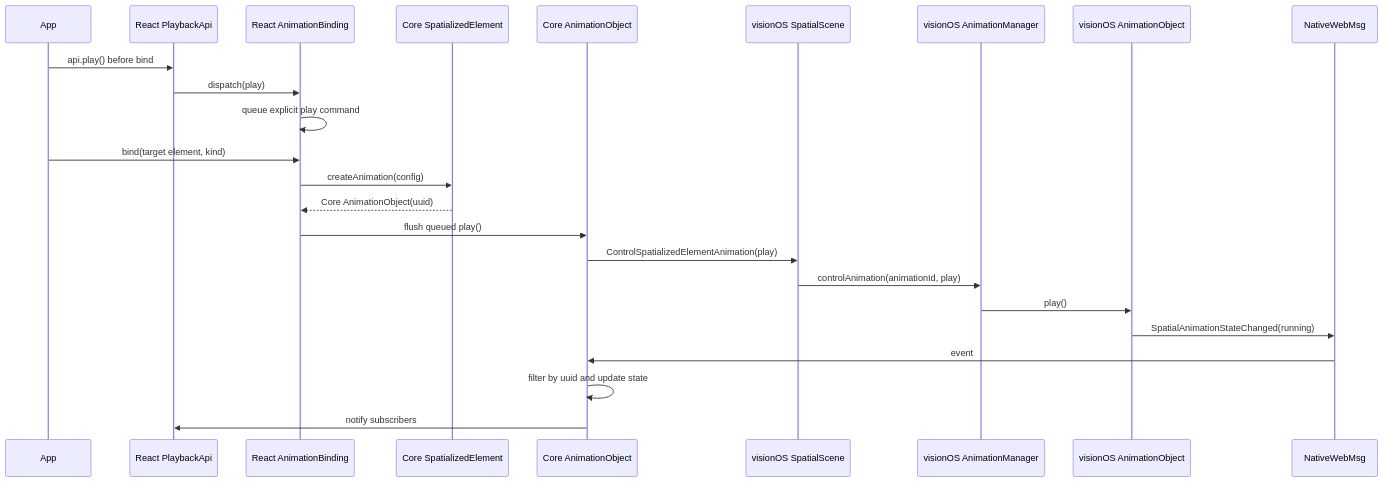
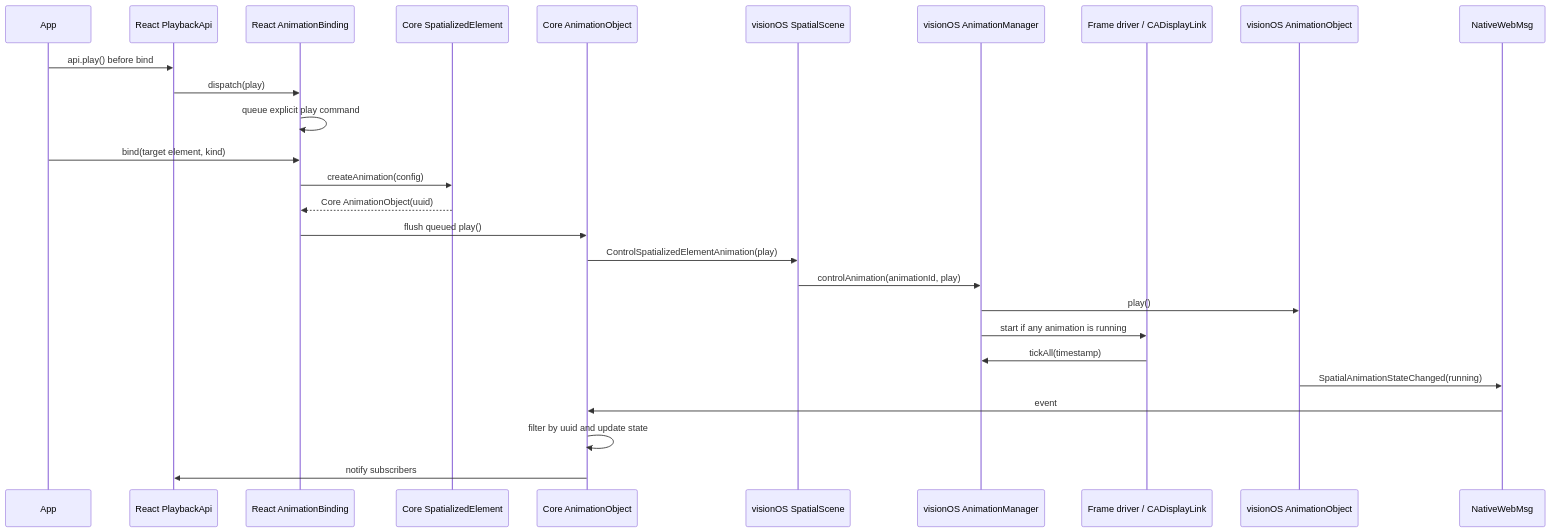
One commit to webspatial/webspatial-sdk changed the third of 6 diagrams in openspec/changes/spatialized-element-motion-api/design.zh.md. Above: the diagram before and after it, drawn with Mermaid. The commit also changed other lines of this file, not shown here.

Commit message:
docs: clarify frame driver ownership zh

````diff
--- a/openspec/changes/spatialized-element-motion-api/design.zh.md
+++ b/openspec/changes/spatialized-element-motion-api/design.zh.md
@@ -291,29 +303,32 @@
 ```mermaid
 sequenceDiagram
   participant App
   participant API as React PlaybackApi
   participant Binding as React AnimationBinding
   participant Element as Core SpatializedElement
   participant CoreObj as Core AnimationObject
   participant Scene as visionOS SpatialScene
   participant Manager as visionOS AnimationManager
+  participant Driver as Frame driver / CADisplayLink
   participant NativeObj as visionOS AnimationObject
   participant WebMsg as NativeWebMsg
 
   App->>API: api.play() before bind
   API->>Binding: dispatch(play)
   Binding->>Binding: queue explicit play command
 
   App->>Binding: bind(target element, kind)
   Binding->>Element: createAnimation(config)
   Element-->>Binding: Core AnimationObject(uuid)
 
   Binding->>CoreObj: flush queued play()
   CoreObj->>Scene: ControlSpatializedElementAnimation(play)
   Scene->>Manager: controlAnimation(animationId, play)
   Manager->>NativeObj: play()
+  Manager->>Driver: start if any animation is running
+  Driver->>Manager: tickAll(timestamp)
   NativeObj->>WebMsg: SpatialAnimationStateChanged(running)
   WebMsg->>CoreObj: event
   CoreObj->>CoreObj: filter by uuid and update state
   CoreObj->>API: notify subscribers
 ```
````
